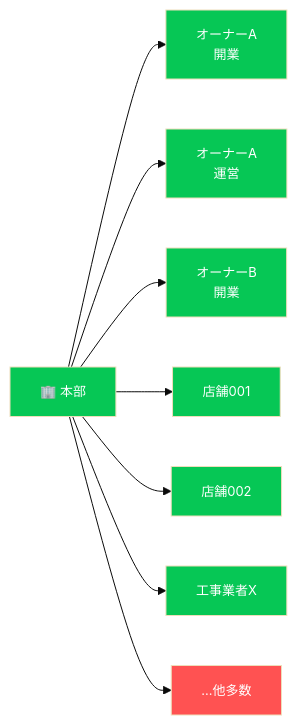
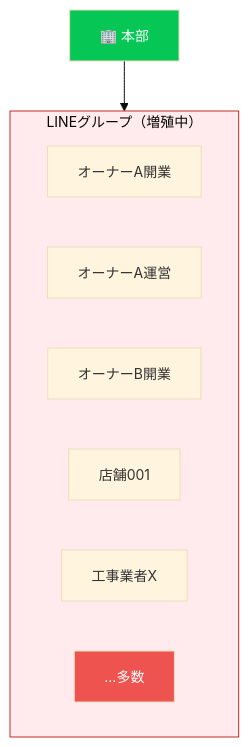
One commit to PLark-droid/lark-proposal changed the second of 15 diagrams in docs/FITPLACE_LARK_PROPOSAL.md. Above: the diagram before and after it, drawn with Mermaid. The commit also changed other lines of this file, not shown here.

First line of the commit message:
docs: redesign Mermaid diagrams for A4 portrait layout

````diff
--- a/docs/FITPLACE_LARK_PROPOSAL.md
+++ b/docs/FITPLACE_LARK_PROPOSAL.md
@@ -71,22 +95,20 @@
 ```mermaid
-%%{init: {'theme': 'base', 'themeVariables': { 'fontSize': '13px'}}}%%
-flowchart LR
+%%{init: {'theme': 'base', 'themeVariables': {'fontSize': '14px'}}}%%
+flowchart TB
     HQ["🏢 本部"]
 
-    HQ --> G1["オーナーA\n開業"]
-    HQ --> G2["オーナーA\n運営"]
-    HQ --> G3["オーナーB\n開業"]
-    HQ --> G4["店舗001"]
-    HQ --> G5["店舗002"]
-    HQ --> G6["工事業者X"]
-    HQ --> G7["...他多数"]
+    subgraph groups["LINEグループ（増殖中）"]
+        G1["オーナーA開業"]
+        G2["オーナーA運営"]
+        G3["オーナーB開業"]
+        G4["店舗001"]
+        G5["工事業者X"]
+        G6["...多数"]
+    end
+
+    HQ --> groups
 
     style HQ fill:#06c755,color:#fff
-    style G1 fill:#06c755,color:#fff
-    style G2 fill:#06c755,color:#fff
-    style G3 fill:#06c755,color:#fff
-    style G4 fill:#06c755,color:#fff
-    style G5 fill:#06c755,color:#fff
-    style G6 fill:#06c755,color:#fff
-    style G7 fill:#ff5252,color:#fff
+    style groups fill:#ffebee,stroke:#c62828
+    style G6 fill:#ef5350,color:#fff
 ```
````
